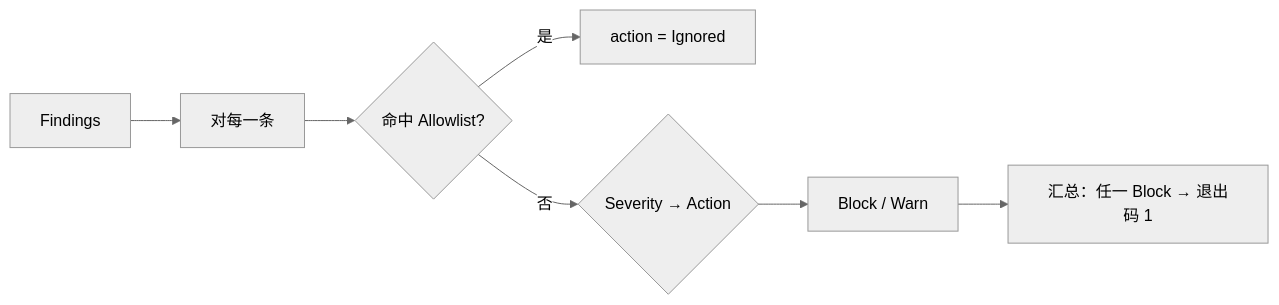
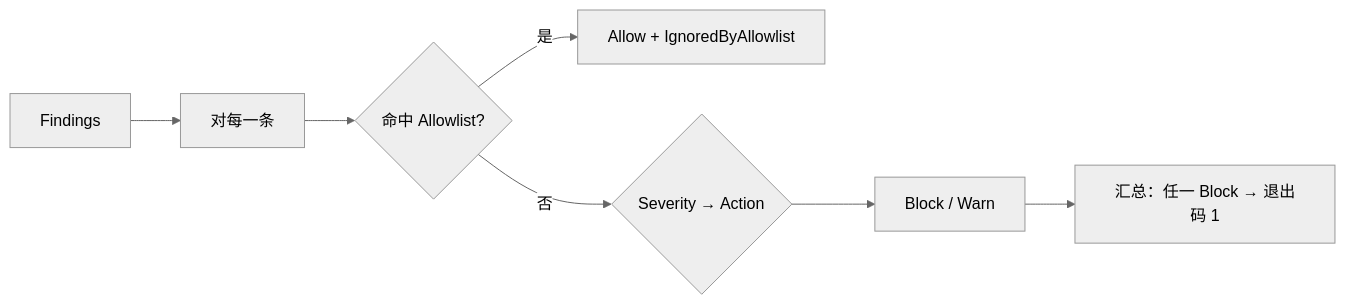
The first of 2 diagrams in docs/模块设计/Policy.md (Camefor/GitGuard), drawn with Mermaid (neutral theme) before and after one commit. The commit also changed other lines of this file and 33 other files, not shown here.

````diff
--- a/docs/模块设计/Policy.md
+++ b/docs/模块设计/Policy.md
@@ -68,9 +68,9 @@
 ```mermaid
 flowchart LR
     Findings[Findings] --> ForEach[对每一条]
     ForEach --> Allowlist{命中 Allowlist?}
-    Allowlist -- 是 --> Ignored[action = Ignored]
+    Allowlist -- 是 --> Ignored[Allow + IgnoredByAllowlist]
     Allowlist -- 否 --> Map{Severity → Action}
     Map --> Block[Block / Warn]
     Block --> Aggregate[汇总：任一 Block → 退出码 1]
 ```
````
